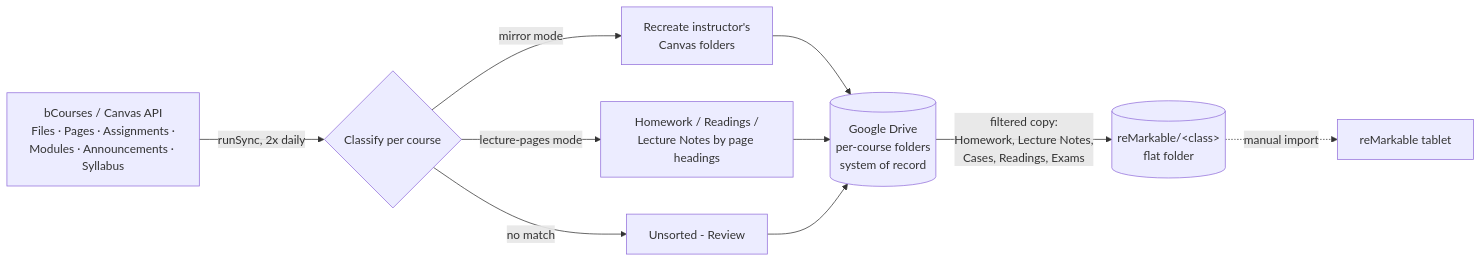
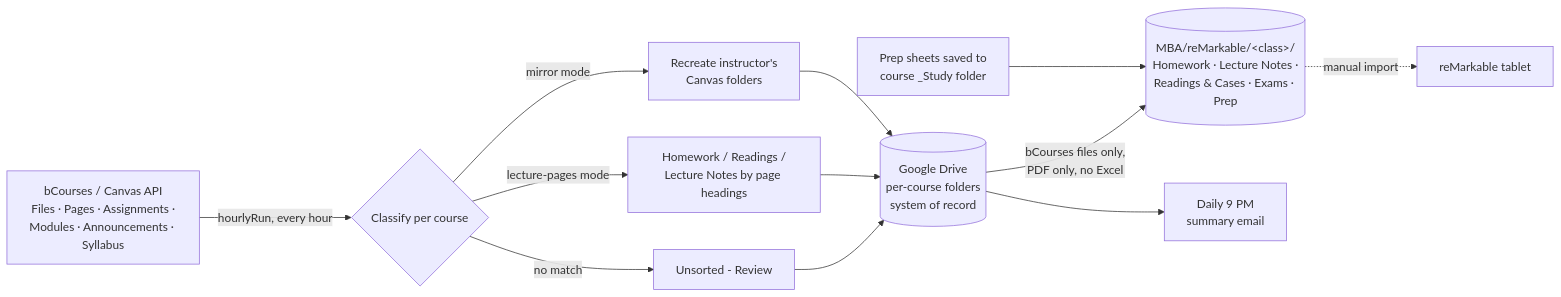
The diagram in README.md (patrickbassett1381/bcourses-to-drive-sync), drawn with Mermaid before and after one commit. The commit also changed other lines of this file and 1 other file, not shown here.

Commit message:
v5: reMarkable subfolders under MBA, bCourses-only + PDF-only rules, Word originals kept, prep copy, hourly run, daily 9 PM email

````diff
--- a/README.md
+++ b/README.md
@@ -7,12 +7,14 @@
 ```mermaid
 flowchart LR
-    A[bCourses / Canvas API<br/>Files · Pages · Assignments ·<br/>Modules · Announcements · Syllabus] -->|runSync, 2x daily| B{Classify per course}
+    A[bCourses / Canvas API<br/>Files · Pages · Assignments ·<br/>Modules · Announcements · Syllabus] -->|hourlyRun, every hour| B{Classify per course}
     B -->|mirror mode| C[Recreate instructor's<br/>Canvas folders]
     B -->|lecture-pages mode| D[Homework / Readings /<br/>Lecture Notes by page headings]
     B -->|no match| E[Unsorted - Review]
     C --> F[(Google Drive<br/>per-course folders<br/>system of record)]
     D --> F
     E --> F
-    F -->|filtered copy:<br/>Homework, Lecture Notes,<br/>Cases, Readings, Exams| G[(reMarkable/&lt;class&gt;<br/>flat folder)]
+    P[Prep sheets saved to<br/>course _Study folder] --> G
+    F -->|bCourses files only,<br/>PDF only, no Excel| G[(MBA/reMarkable/&lt;class&gt;/<br/>Homework · Lecture Notes ·<br/>Readings & Cases · Exams · Prep)]
     G -.->|manual import| H[reMarkable tablet]
+    F --> M[Daily 9 PM<br/>summary email]
 ```
````
